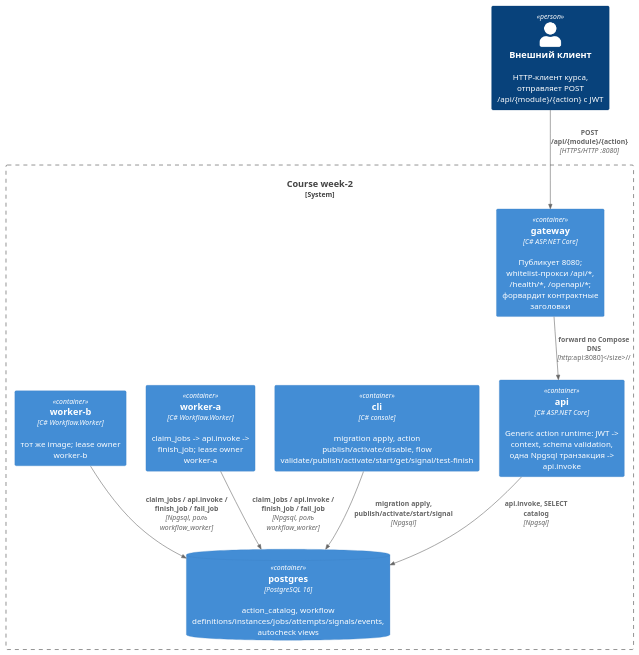
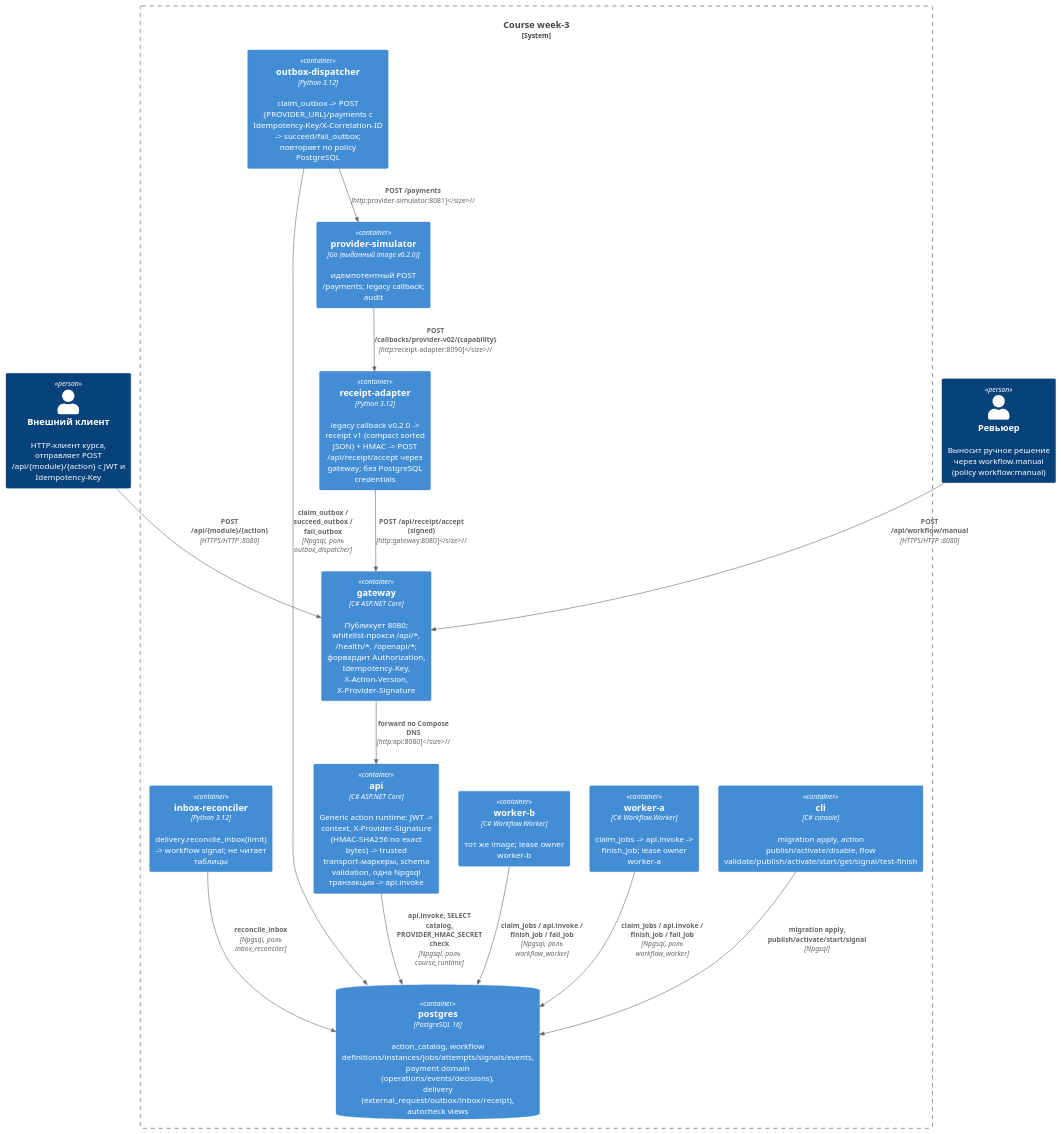
Before and after one commit to dragonnest123/DbFirstPractice: the diagram in docs/c4.puml, drawn with PlantUML. The commit also changed 86 other files, not shown here.

```diff
--- a/docs/c4.puml
+++ b/docs/c4.puml
@@ -1,22 +1,35 @@
 @startuml c4
 !include https://raw.githubusercontent.com/plantuml-stdlib/C4-PlantUML/master/C4_Container.puml
 
-Person(client, "Внешний клиент", "HTTP-клиент курса, отправляет POST /api/{module}/{action} с JWT")
+Person(client, "Внешний клиент", "HTTP-клиент курса, отправляет POST /api/{module}/{action} с JWT и Idempotency-Key")
+Person(reviewer, "Ревьюер", "Выносит ручное решение через workflow.manual (policy workflow:manual)")
 
-System_Boundary(course, "Course week-2") {
-    Container(gateway, "gateway", "C# ASP.NET Core", "Публикует 8080; whitelist-прокси /api/*, /health/*, /openapi/*; форвардит контрактные заголовки")
-    Container(api, "api", "C# ASP.NET Core", "Generic action runtime: JWT -> context, schema validation, одна Npgsql транзакция -> api.invoke")
+System_Boundary(course, "Course week-3") {
+    Container(gateway, "gateway", "C# ASP.NET Core", "Публикует 8080; whitelist-прокси /api/*, /health/*, /openapi/*; форвардит Authorization, Idempotency-Key, X-Action-Version, X-Provider-Signature")
+    Container(api, "api", "C# ASP.NET Core", "Generic action runtime: JWT -> context, X-Provider-Signature (HMAC-SHA256 по exact bytes) -> trusted transport-маркеры, schema validation, одна Npgsql транзакция -> api.invoke")
     Container(cli, "cli", "C# console", "migration apply, action publish/activate/disable, flow validate/publish/activate/start/get/signal/test-finish")
     Container(workerA, "worker-a", "C# Workflow.Worker", "claim_jobs -> api.invoke -> finish_job; lease owner worker-a")
     Container(workerB, "worker-b", "C# Workflow.Worker", "тот же image; lease owner worker-b")
-    ContainerDb(postgres, "postgres", "PostgreSQL 16", "action_catalog, workflow definitions/instances/jobs/attempts/signals/events, autocheck views")
+    ContainerDb(postgres, "postgres", "PostgreSQL 16", "action_catalog, workflow definitions/instances/jobs/attempts/signals/events, payment domain (operations/events/decisions), delivery (external_request/outbox/inbox/receipt), autocheck views")
+
+    Container(dispatcher, "outbox-dispatcher", "Python 3.12", "claim_outbox -> POST {PROVIDER_URL}/payments с Idempotency-Key/X-Correlation-ID -> succeed/fail_outbox; повторяет по policy PostgreSQL")
+    Container(adapter, "receipt-adapter", "Python 3.12", "legacy callback v0.2.0 -> receipt v1 (compact sorted JSON) + HMAC -> POST /api/receipt/accept через gateway; без PostgreSQL credentials")
+    Container(reconciler, "inbox-reconciler", "Python 3.12", "delivery.reconcile_inbox(limit) -> workflow signal; не читает таблицы")
+    Container(provider, "provider-simulator", "Go (выданный image v0.2.0)", "идемпотентный POST /payments; legacy callback; audit")
 }
 
 Rel(client, gateway, "POST /api/{module}/{action}", "HTTPS/HTTP :8080")
+Rel(reviewer, gateway, "POST /api/workflow/manual", "HTTPS/HTTP :8080")
 Rel(gateway, api, "forward по Compose DNS", "http://api:8080")
-Rel(api, postgres, "api.invoke, SELECT catalog", "Npgsql")
+Rel(api, postgres, "api.invoke, SELECT catalog, PROVIDER_HMAC_SECRET check", "Npgsql, роль course_runtime")
 Rel(cli, postgres, "migration apply, publish/activate/start/signal", "Npgsql")
 Rel(workerA, postgres, "claim_jobs / api.invoke / finish_job / fail_job", "Npgsql, роль workflow_worker")
 Rel(workerB, postgres, "claim_jobs / api.invoke / finish_job / fail_job", "Npgsql, роль workflow_worker")
 
+Rel(dispatcher, postgres, "claim_outbox / succeed_outbox / fail_outbox", "Npgsql, роль outbox_dispatcher")
+Rel(dispatcher, provider, "POST /payments", "http://provider-simulator:8081")
+Rel(provider, adapter, "POST /callbacks/provider-v02/{capability}", "http://receipt-adapter:8090")
+Rel(adapter, gateway, "POST /api/receipt/accept (signed)", "http://gateway:8080")
+Rel(reconciler, postgres, "reconcile_inbox", "Npgsql, роль inbox_reconciler")
+
 @enduml
```
